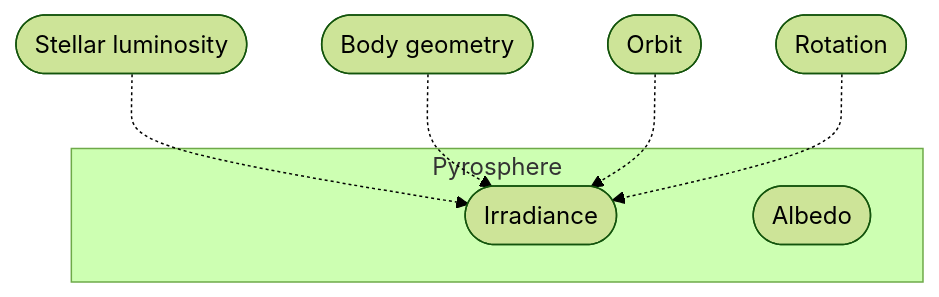
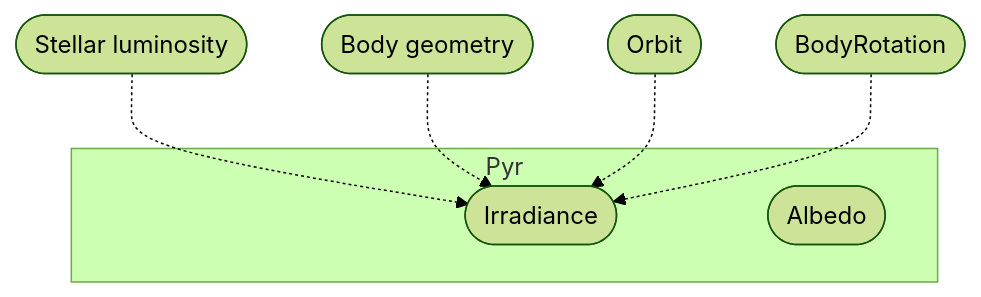
One commit to lagardej/mimameithr changed the second of 8 diagrams in docs/concerns.adoc. Above: the diagram before and after it, drawn with Mermaid (forest theme). The commit also changed other lines of this file and 136 other files, not shown here.

```diff
--- a/docs/concerns.adoc
+++ b/docs/concerns.adoc
@@ -114,18 +114,18 @@
 [mermaid]
 ....
 flowchart TB
-    subgraph Pyrosphere
+    subgraph Pyr
         Irradiance([Irradiance])
         Albedo([Albedo])
     end
 
     StellarLuminosity([Stellar luminosity])
     BodyGeometry([Body geometry])
     Orbit([Orbit])
-    Rotation([Rotation])
+    BodyRotation([BodyRotation])
 
     StellarLuminosity -.-> Irradiance
     BodyGeometry -.-> Irradiance
     Orbit -.-> Irradiance
-    Rotation -.-> Irradiance
+    BodyRotation -.-> Irradiance
 ....
```
